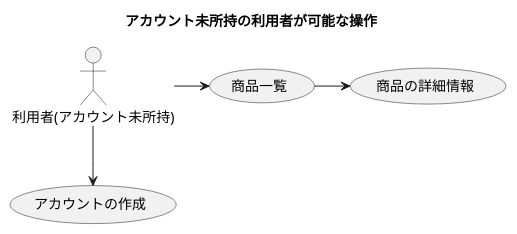
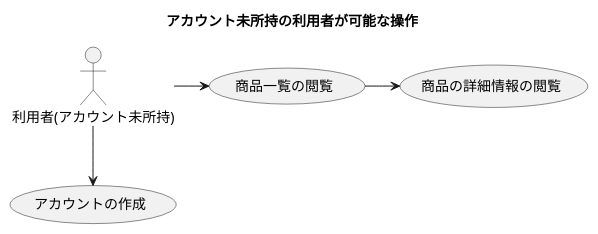
Before and after one commit to whalego/django_market_app: the first of 2 diagrams in products_documents/workflow_diagram/user_workfrow.puml, drawn with PlantUML. The commit also changed other lines of this file, not shown here.

```diff
--- a/products_documents/workflow_diagram/user_workfrow.puml
+++ b/products_documents/workflow_diagram/user_workfrow.puml
@@ -1,14 +1,14 @@
 @startuml
 title
 アカウント未所持の利用者が可能な操作
 end title
 :利用者(アカウント未所持): as no_account_user
-(商品一覧) as item_list
-(商品の詳細情報) as item
+(商品一覧の閲覧) as item_list
+(商品の詳細情報の閲覧) as item
 (アカウントの作成) as create_account
 no_account_user -> item_list
 item_list -> item
 
 no_account_user --> create_account
 
 @enduml
```
